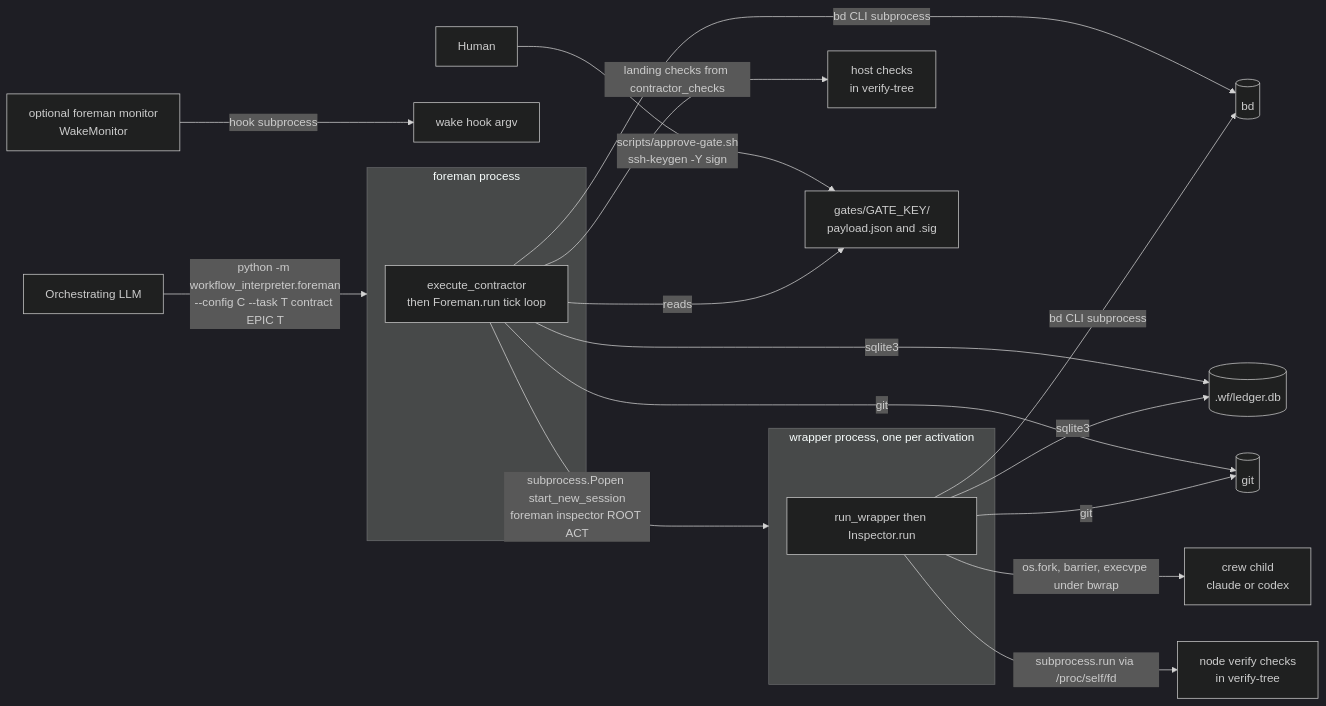
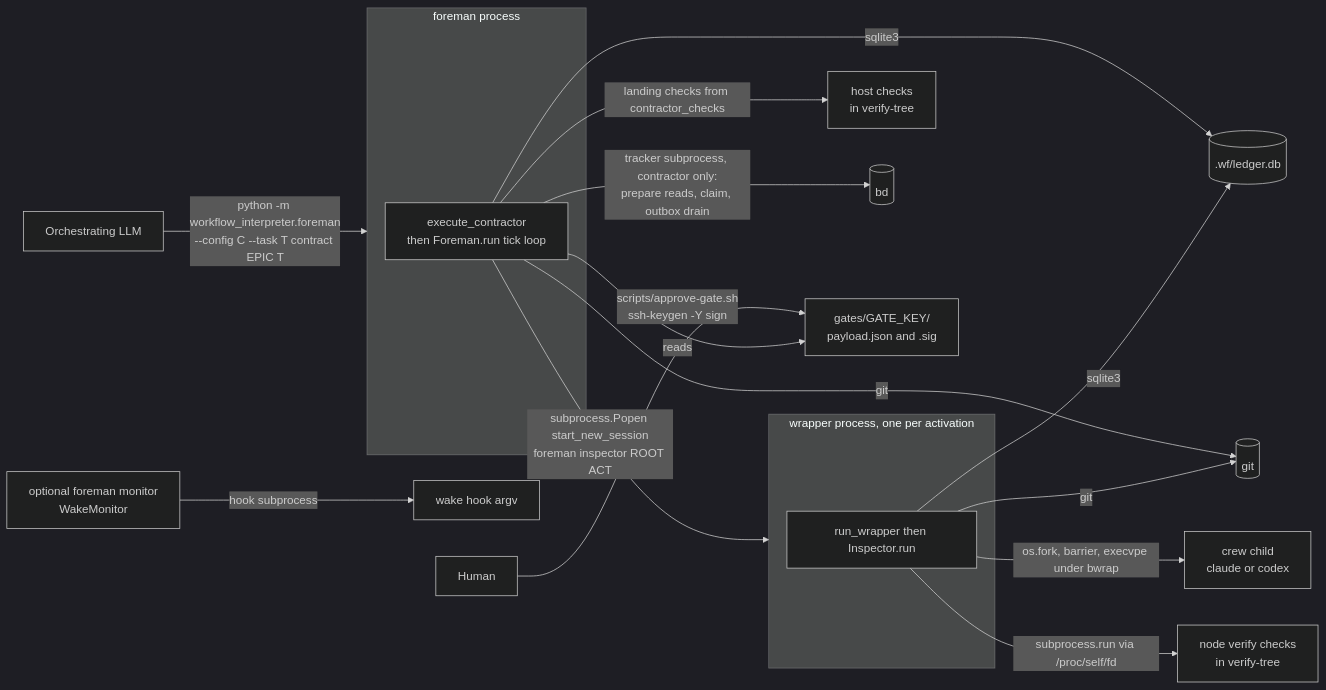
Before and after one commit to MVPavan/coding-ritual: the third of 45 diagrams in docs/workflow-interpreter-guide/diagrams.md, drawn with Mermaid (dark theme). The commit also changed other lines of this file and 7 other files, not shown here.

````diff
--- a/docs/workflow-interpreter-guide/diagrams.md
+++ b/docs/workflow-interpreter-guide/diagrams.md
@@ -159,23 +162,22 @@
 ```mermaid
 flowchart LR
   LLM["Orchestrating LLM"] -->|"python -m workflow_interpreter.foreman<br/>--config C --task T contract EPIC T"| FP
   subgraph FP["foreman process"]
     RUN["execute_contractor<br/>then Foreman.run tick loop"]
   end
   RUN -->|"subprocess.Popen start_new_session<br/>foreman inspector ROOT ACT"| WP
   subgraph WP["wrapper process, one per activation"]
     RW["run_wrapper then Inspector.run"]
   end
   RW -->|"os.fork, barrier, execvpe under bwrap"| RC["crew child<br/>claude or codex"]
   RW -->|"subprocess.run via /proc/self/fd"| NC["node verify checks<br/>in verify-tree"]
   RUN -->|"landing checks from contractor_checks"| LC["host checks<br/>in verify-tree"]
-  RUN -->|"bd CLI subprocess"| BD[("bd")]
-  RW -->|"bd CLI subprocess"| BD
+  RUN -->|"tracker subprocess, contractor only:<br/>prepare reads, claim, outbox drain"| BD[("bd")]
   RUN -->|"sqlite3"| DB[(".wf/ledger.db")]
   RW -->|"sqlite3"| DB
   RUN -->|"git"| GIT[("git")]
   RW -->|"git"| GIT
   MON["optional foreman monitor<br/>WakeMonitor"] -->|"hook subprocess"| HOOK["wake hook argv"]
   HUMAN["Human"] -->|"scripts/approve-gate.sh<br/>ssh-keygen -Y sign"| INBOX["gates/GATE_KEY/<br/>payload.json and .sig"]
   RUN -->|"reads"| INBOX
 ```
````
